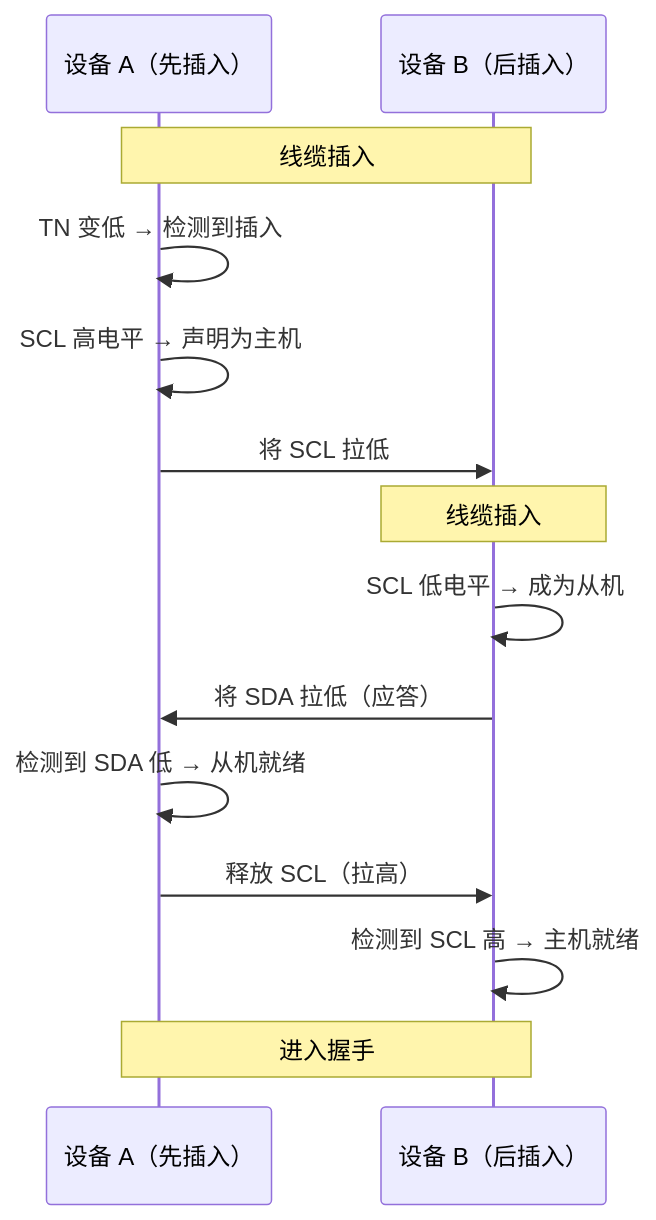
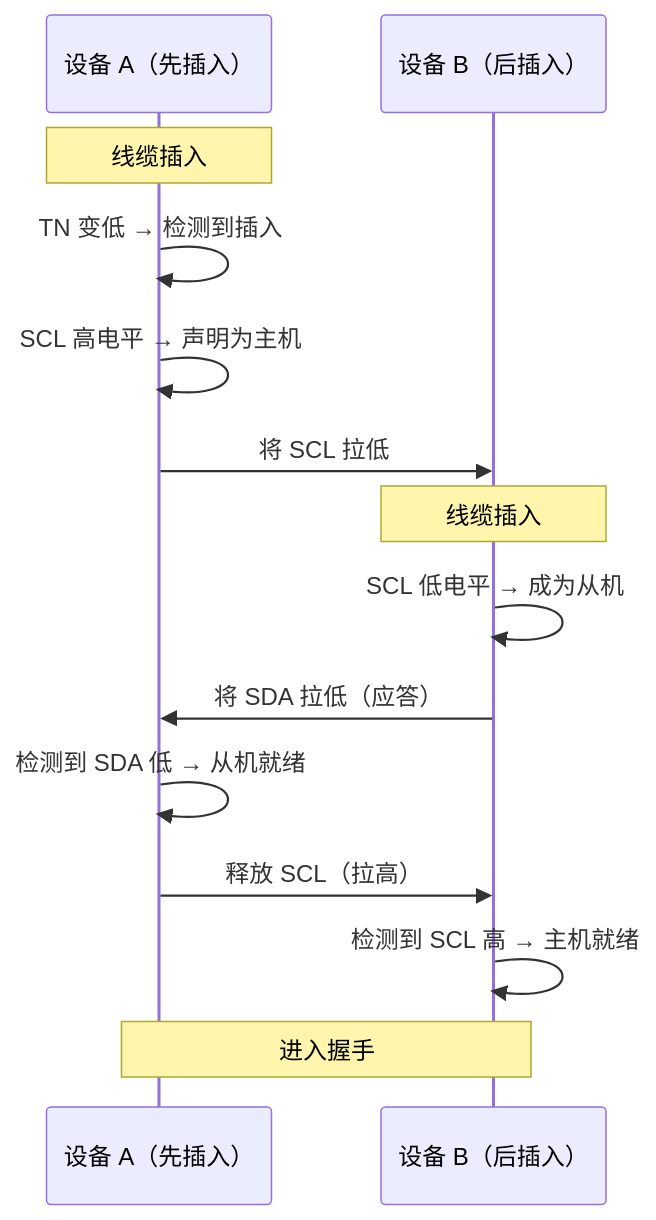
The fourth of 6 diagrams in docs/i2c_commu_zh.md (hdkghc/calculator), drawn with Mermaid before and after one commit. The commit also changed other lines of this file and 1 other file, not shown here.

Commit message:
fix doc 	modified:   docs/i2c_commu_en.md 	modified:   docs/i2c_commu_zh.md

````diff
--- a/docs/i2c_commu_zh.md
+++ b/docs/i2c_commu_zh.md
@@ -585,17 +585,17 @@
 ```mermaid
 sequenceDiagram
     participant A as 设备 A（先插入）
     participant B as 设备 B（后插入）
 
-    Note over A,B: 线缆插入
+    Note over A: 线缆插入
     A->>A: TN 变低 → 检测到插入
     A->>A: SCL 高电平 → 声明为主机
     A->>B: 将 SCL 拉低
     Note over B: 线缆插入
     B->>B: SCL 低电平 → 成为从机
     B->>A: 将 SDA 拉低（应答）
     A->>A: 检测到 SDA 低 → 从机就绪
     A->>B: 释放 SCL（拉高）
     B->>B: 检测到 SCL 高 → 主机就绪
     Note over A,B: 进入握手
 ```
````
